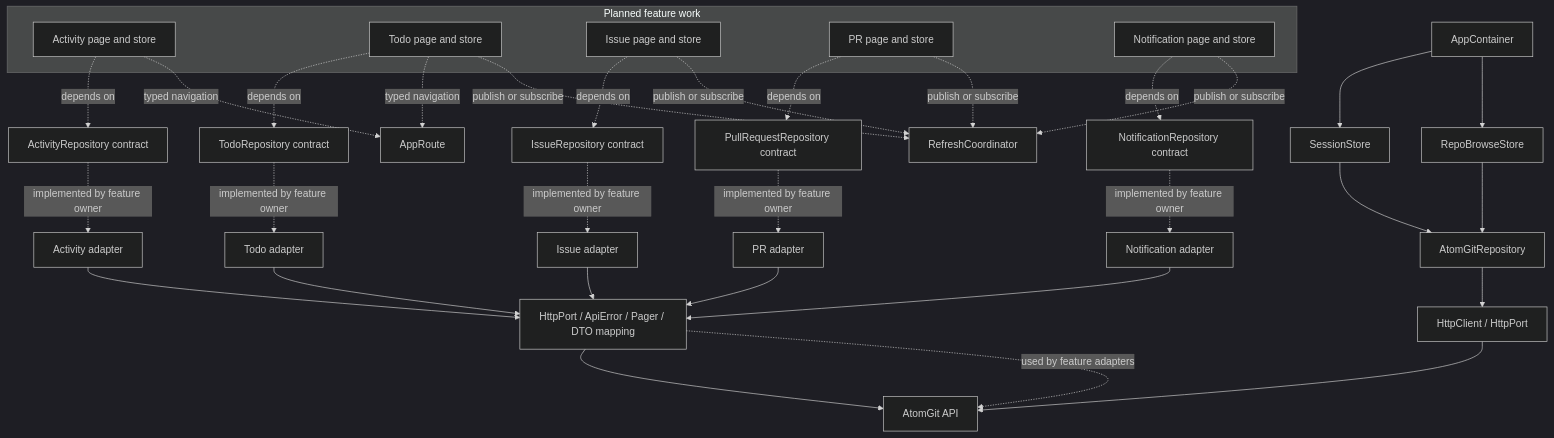
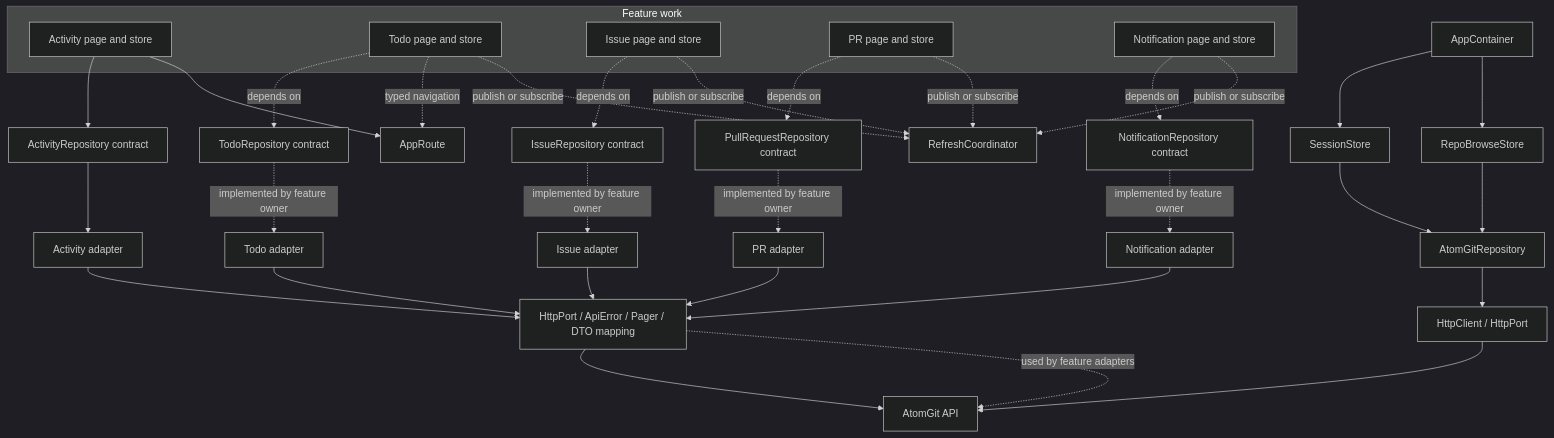
The diagram in docs/architecture-and-roadmap.md (hust-open-atom-club/AtomGit-mobile4Harmony), drawn with Mermaid (dark theme) before and after one commit. The commit also changed other lines of this file and 2 other files, not shown here.

First line of the commit message:
Document the Activity feature and UI tests

````diff
--- a/docs/architecture-and-roadmap.md
+++ b/docs/architecture-and-roadmap.md
@@ -13,44 +13,44 @@
 ```mermaid
 flowchart TD
-    subgraph Features[Planned feature work]
+    subgraph Features[Feature work]
       ActivityUI[Activity page and store]
       TodoUI[Todo page and store]
       IssueUI[Issue page and store]
       PullRequestUI[PR page and store]
       NotificationUI[Notification page and store]
     end
 
-    ActivityUI -. depends on .-> ActivityPort[ActivityRepository contract]
+    ActivityUI --> ActivityPort[ActivityRepository contract]
     TodoUI -. depends on .-> TodoPort[TodoRepository contract]
     IssueUI -. depends on .-> IssuePort[IssueRepository contract]
     PullRequestUI -. depends on .-> PullRequestPort[PullRequestRepository contract]
     NotificationUI -. depends on .-> NotificationPort[NotificationRepository contract]
 
-    ActivityPort -. implemented by feature owner .-> ActivityAdapter[Activity adapter]
+    ActivityPort --> ActivityAdapter[Activity adapter]
     TodoPort -. implemented by feature owner .-> TodoAdapter[Todo adapter]
     IssuePort -. implemented by feature owner .-> IssueAdapter[Issue adapter]
     PullRequestPort -. implemented by feature owner .-> PullRequestAdapter[PR adapter]
     NotificationPort -. implemented by feature owner .-> NotificationAdapter[Notification adapter]
 
     ActivityAdapter --> Shared[HttpPort / ApiError / Pager / DTO mapping]
     TodoAdapter --> Shared
     IssueAdapter --> Shared
     PullRequestAdapter --> Shared
     NotificationAdapter --> Shared
     Shared --> API[AtomGit API]
 
     Container[AppContainer] --> Session[SessionStore]
     Container --> RepoBrowse[RepoBrowseStore]
     Session --> CoreRepo[AtomGitRepository]
     RepoBrowse --> CoreRepo
     CoreRepo --> Http[HttpClient / HttpPort]
     Http --> API
     Shared -. used by feature adapters .-> API
 
-    ActivityUI -. typed navigation .-> Routes[AppRoute]
+    ActivityUI --> Routes[AppRoute]
     TodoUI -. typed navigation .-> Routes
     IssueUI -. publish or subscribe .-> Refresh[RefreshCoordinator]
     PullRequestUI -. publish or subscribe .-> Refresh
     NotificationUI -. publish or subscribe .-> Refresh
     TodoUI -. publish or subscribe .-> Refresh
 ```
````
